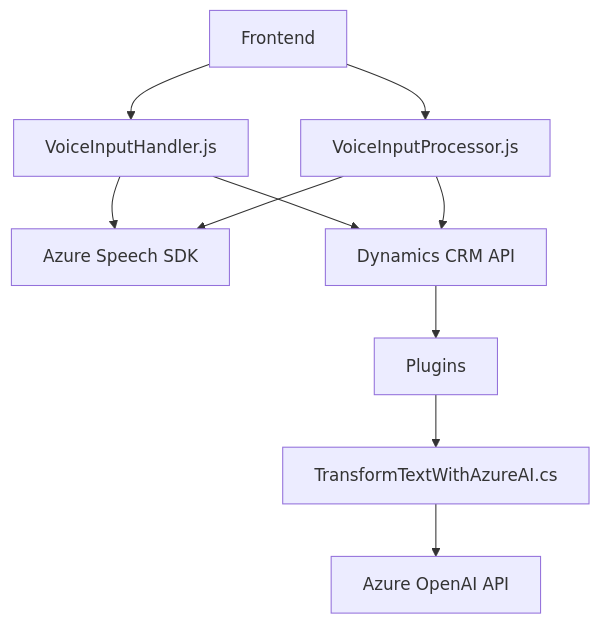
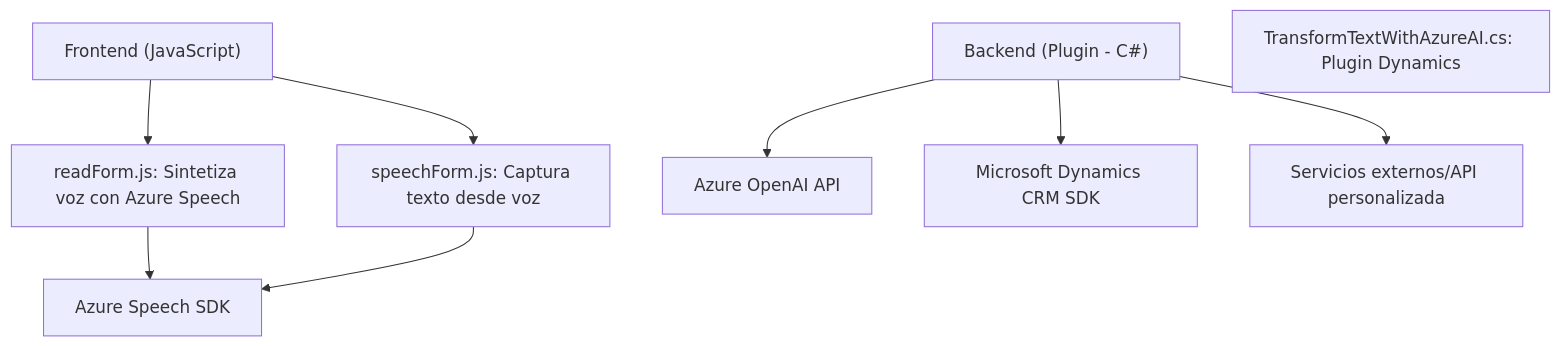
One commit to blopezdm/NETCORE_BILBAO2025 changed the diagram in README.md. Above: the diagram before and after it, drawn with Mermaid. The commit also changed other lines of this file, not shown here.

Commit message:
Actualizar análisis global de la solución con IA

````diff
--- a/README.md
+++ b/README.md
@@ -48,21 +42,20 @@
 ```mermaid
 graph TD
-    A["Frontend"]
-    B["VoiceInputHandler.js"]
-    C["VoiceInputProcessor.js"]
-    D["Azure Speech SDK"]
-    E["Dynamics CRM API"]
-    F["Plugins"]
-    G["TransformTextWithAzureAI.cs"]
-    H["Azure OpenAI API"]
+    A["Frontend (JavaScript)"]
+    A1["readForm.js: Sintetiza voz con Azure Speech"]
+    A2["speechForm.js: Captura texto desde voz"]
+    B["Backend (Plugin - C#)"]
+    B1["TransformTextWithAzureAI.cs: Plugin Dynamics"]
+    C["Azure Speech SDK"]
+    D["Azure OpenAI API"]
+    E["Microsoft Dynamics CRM SDK"]
+    F["Servicios externos/API personalizada"]
 
-    A-->B
-    A-->C
-    B-->D
-    C-->D
-    B-->E
-    C-->E
-    E-->F
-    F-->G
-    G-->H
+    A --> A1
+    A --> A2
+    A1 --> C
+    A2 --> C
+    B --> D
+    B --> E 
+    B --> F
 ```
````
